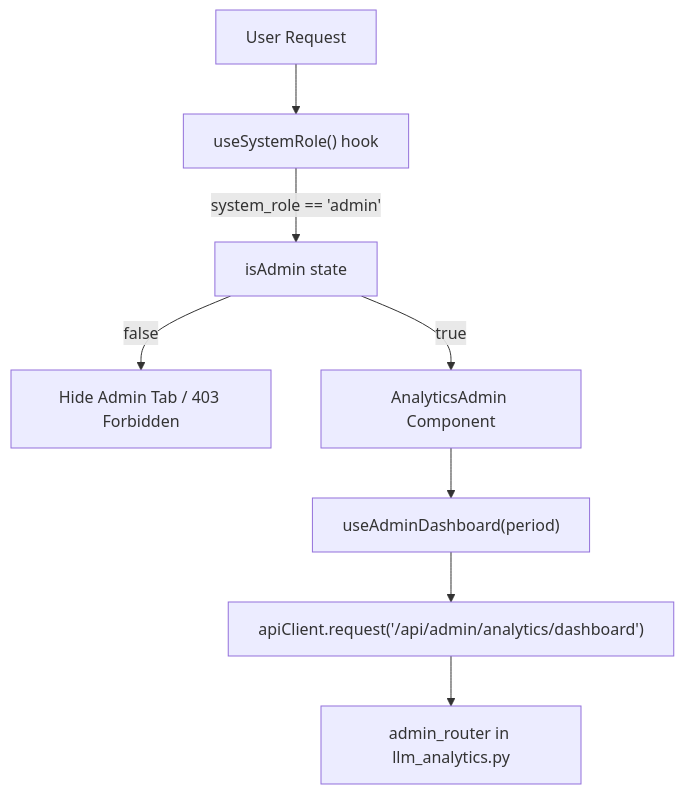
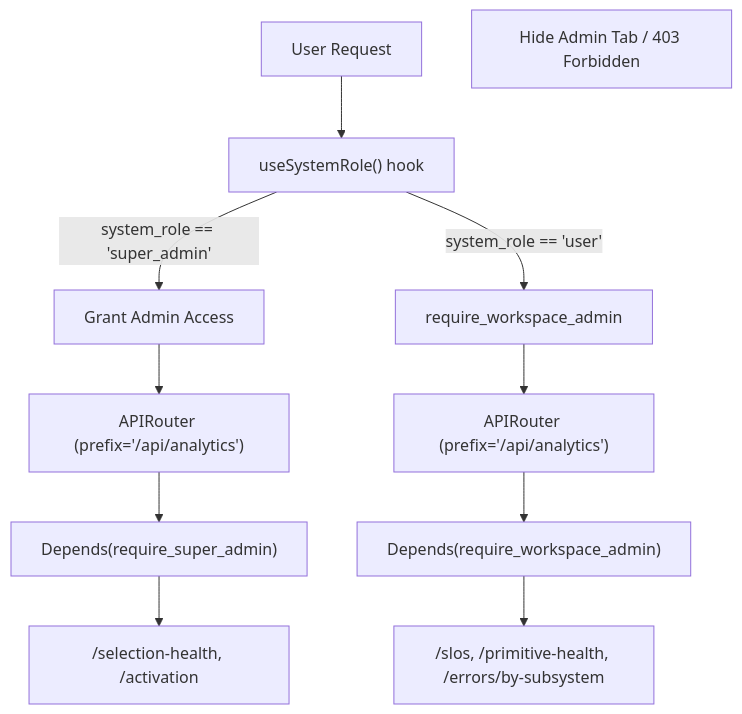
The first of 4 diagrams in docs/analytics-monitoring/admin-analytics.md (AutomatosAI/automatos-ai), drawn with Mermaid before and after one commit. The commit also changed other lines of this file and 191 other files, not shown here.

````diff
--- a/docs/analytics-monitoring/admin-analytics.md
+++ b/docs/analytics-monitoring/admin-analytics.md
@@ -57,16 +61,20 @@
 ```mermaid
 graph TB
     User["User Request"]
-    RoleContext["useSystemRole() hook"]
-    AdminFlag["isAdmin state"]
+    RoleCheck["useSystemRole() hook"]
+    AdminAccess["Grant Admin Access"]
     Deny["Hide Admin Tab / 403 Forbidden"]
     
-    User --> RoleContext
-    RoleContext -- "system_role == 'admin'" --> AdminFlag
-    AdminFlag -- "true" --> Frontend["AnalyticsAdmin Component"]
-    AdminFlag -- "false" --> Deny
+    User --> RoleCheck
+    RoleCheck -- "system_role == 'super_admin'" --> AdminAccess
+    RoleCheck -- "system_role == 'user'" --> WS_Admin_Check["require_workspace_admin"]
     
-    Frontend --> Hooks["useAdminDashboard(period)"]
-    Hooks --> API["apiClient.request('/api/admin/analytics/dashboard')"]
-    API --> Backend["admin_router in llm_analytics.py"]
+    AdminAccess --> PlatformRouter["APIRouter (prefix='/api/analytics')"]
+    PlatformRouter --> PlatDeps["Depends(require_super_admin)"]
+    
+    WS_Admin_Check --> WSRouter["APIRouter (prefix='/api/analytics')"]
+    WSRouter --> WSDeps["Depends(require_workspace_admin)"]
+    
+    PlatDeps --> PlatEndpoints["/selection-health, /activation"]
+    WSDeps --> WSEndpoints["/slos, /primitive-health, /errors/by-subsystem"]
 ```
````
